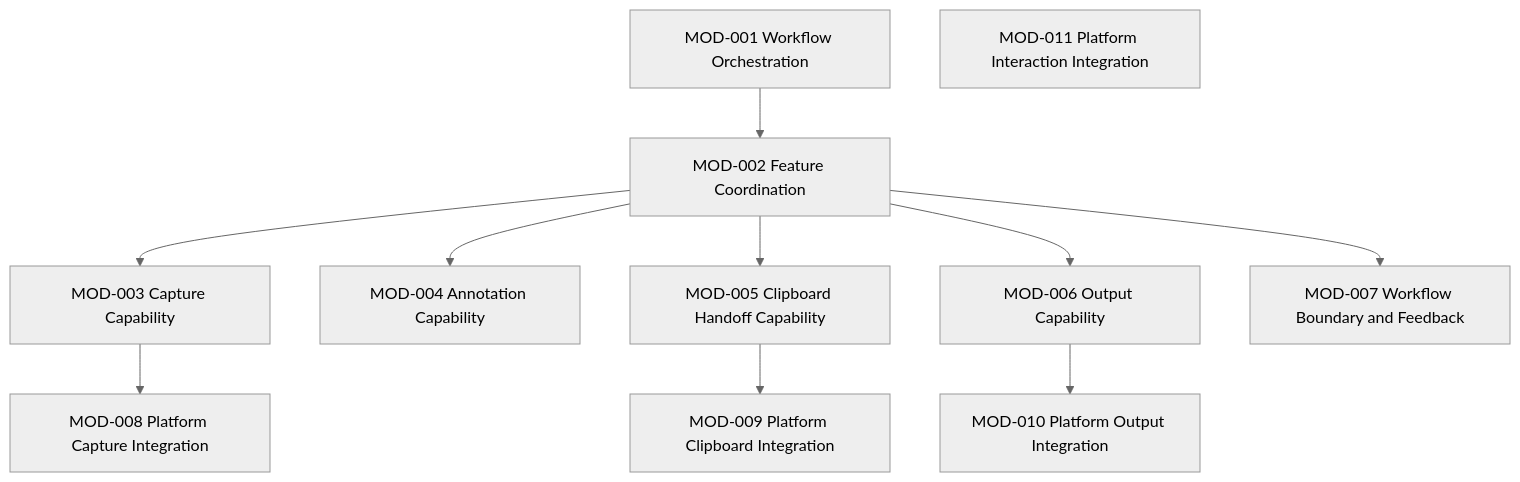
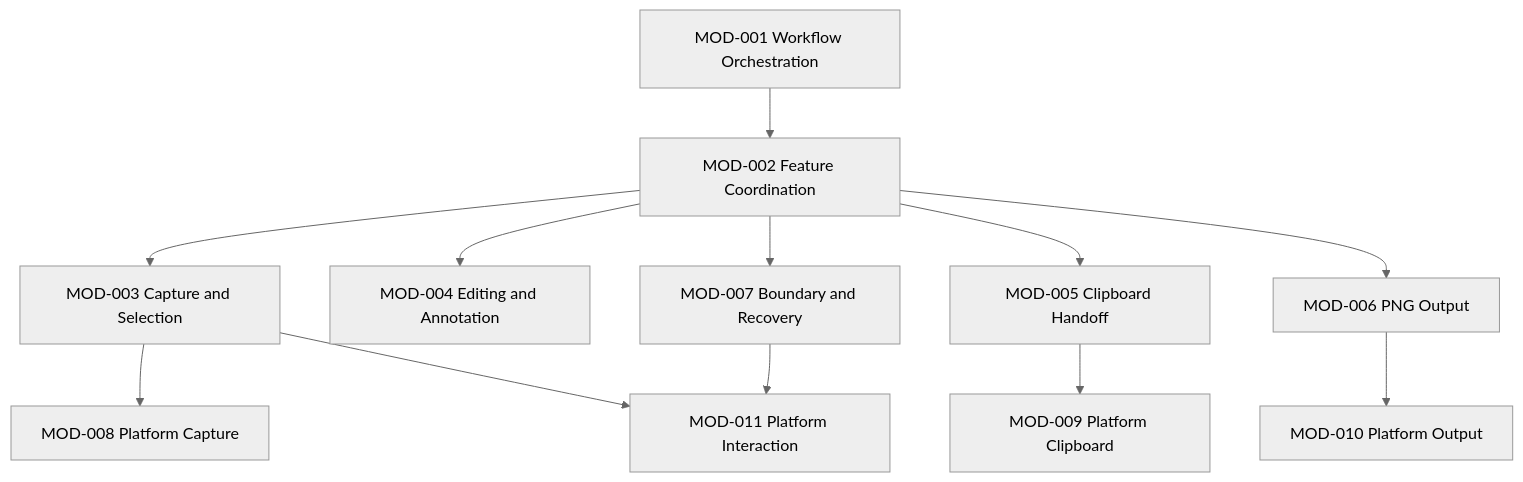
The diagram in Architecture/ARCH-0003-module-catalog.md (gn02033417/SnipPlus), drawn with Mermaid (neutral theme) before and after one commit. The commit also changed other lines of this file, not shown here.

````diff
--- a/Architecture/ARCH-0003-module-catalog.md
+++ b/Architecture/ARCH-0003-module-catalog.md
@@ -310,24 +128,14 @@
 ```mermaid
 flowchart TB
-    M001["MOD-001 Workflow Orchestration"]
-    M002["MOD-002 Feature Coordination"]
-    M003["MOD-003 Capture Capability"]
-    M004["MOD-004 Annotation Capability"]
-    M005["MOD-005 Clipboard Handoff Capability"]
-    M006["MOD-006 Output Capability"]
-    M007["MOD-007 Workflow Boundary and Feedback"]
-    M008["MOD-008 Platform Capture Integration"]
-    M009["MOD-009 Platform Clipboard Integration"]
-    M010["MOD-010 Platform Output Integration"]
-    M011["MOD-011 Platform Interaction Integration"]
-
-    M001 --> M002
-    M002 --> M003
-    M002 --> M004
-    M002 --> M005
-    M002 --> M006
-    M002 --> M007
-    M003 --> M008
-    M005 --> M009
-    M006 --> M010
+    M1[MOD-001 Workflow Orchestration] --> M2[MOD-002 Feature Coordination]
+    M2 --> M3[MOD-003 Capture and Selection]
+    M2 --> M4[MOD-004 Editing and Annotation]
+    M2 --> M5[MOD-005 Clipboard Handoff]
+    M2 --> M6[MOD-006 PNG Output]
+    M2 --> M7[MOD-007 Boundary and Recovery]
+    M3 --> M8[MOD-008 Platform Capture]
+    M3 --> M11[MOD-011 Platform Interaction]
+    M5 --> M9[MOD-009 Platform Clipboard]
+    M6 --> M10[MOD-010 Platform Output]
+    M7 --> M11
 ```
````
